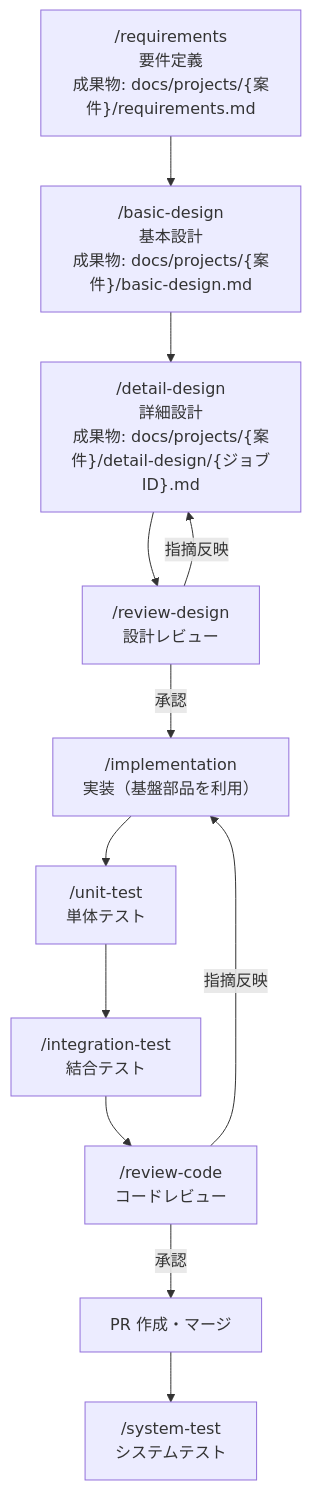
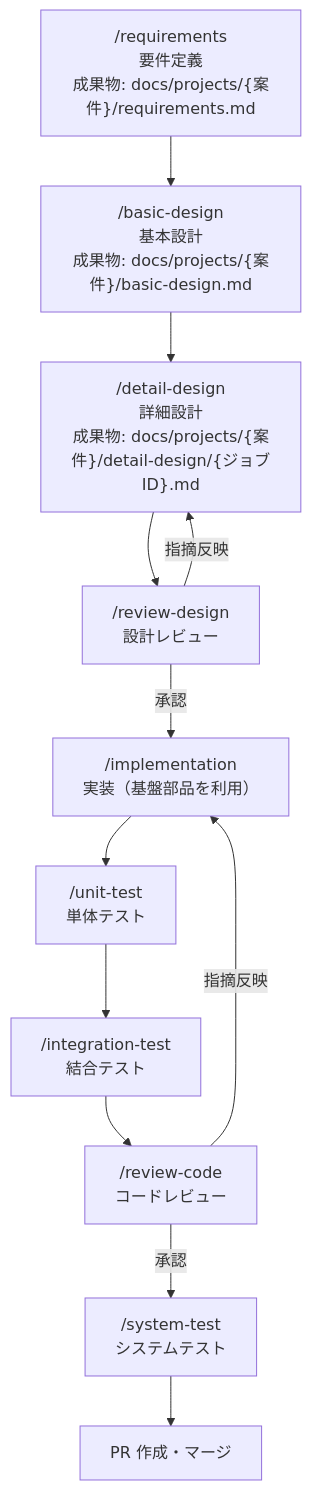
One commit to nagashima-toru/spring-batch-ai-coding-samples changed the first of 2 diagrams in docs/development-guide.md. Above: the diagram before and after it, drawn with Mermaid. The commit also changed other lines of this file and 3 other files, not shown here.

````diff
--- a/docs/development-guide.md
+++ b/docs/development-guide.md
@@ -51,21 +51,21 @@
 ```mermaid
 flowchart TD
     REQ["/requirements<br>要件定義<br>成果物: docs/projects/{案件}/requirements.md"]
     BD["/basic-design<br>基本設計<br>成果物: docs/projects/{案件}/basic-design.md"]
     DD["/detail-design<br>詳細設計<br>成果物: docs/projects/{案件}/detail-design/{ジョブID}.md"]
     RD["/review-design<br>設計レビュー"]
     IMPL["/implementation<br>実装（基盤部品を利用）"]
     UT["/unit-test<br>単体テスト"]
     IT["/integration-test<br>結合テスト"]
     RC["/review-code<br>コードレビュー"]
     ST["/system-test<br>システムテスト"]
     PR[PR 作成・マージ]
 
     REQ --> BD --> DD --> RD
     RD -->|指摘反映| DD
     RD -->|承認| IMPL
     IMPL --> UT --> IT --> RC
     RC -->|指摘反映| IMPL
-    RC -->|承認| PR
-    PR --> ST
+    RC -->|承認| ST
+    ST --> PR
 ```
````
